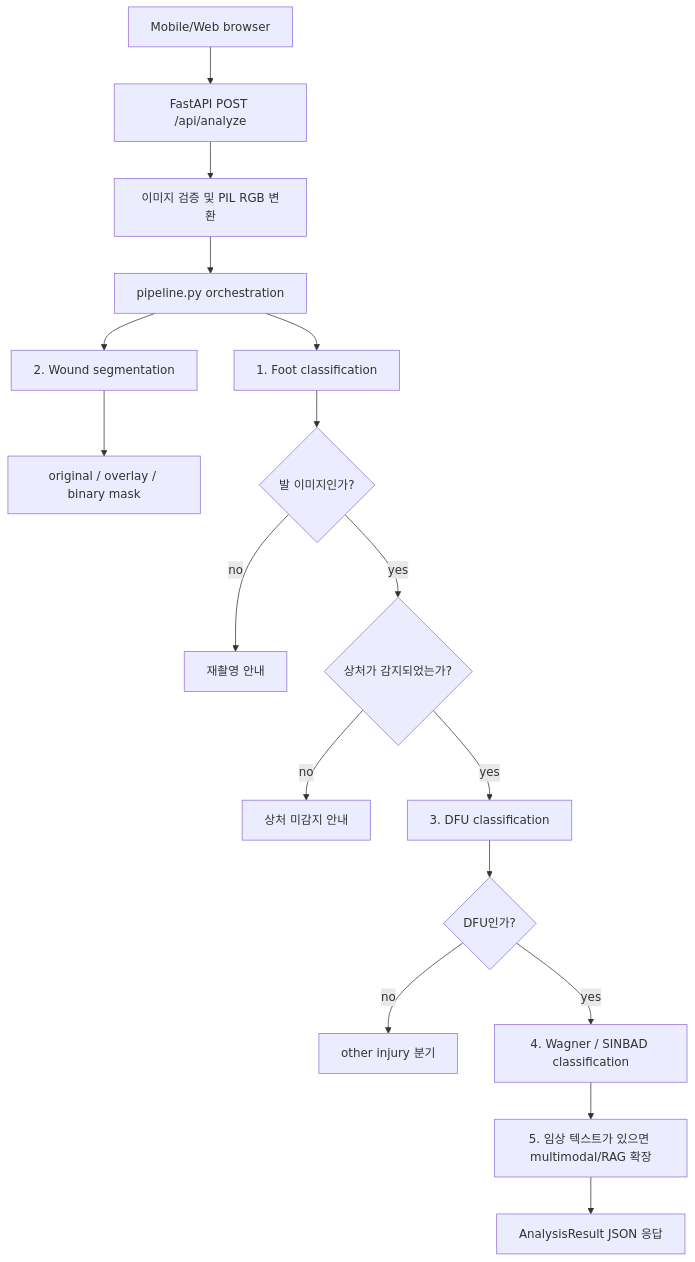
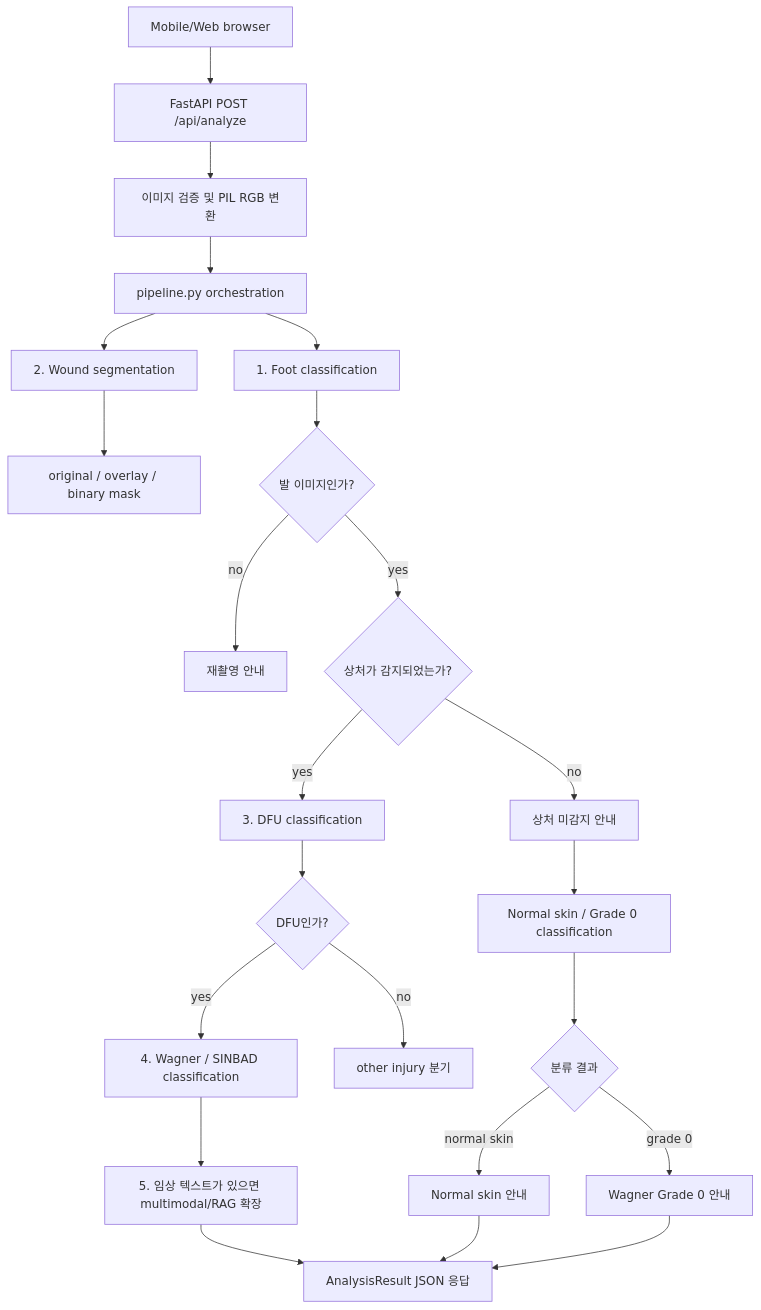
One commit to moses-song/dfu_model changed the diagram in DFU_PROJECT.md. Above: the diagram before and after it, drawn with Mermaid. The commit also changed 1 other file, not shown here.

Commit message:
260604 md파일 업데이트

````diff
--- a/DFU_PROJECT.md
+++ b/DFU_PROJECT.md
@@ -16,19 +16,28 @@
 ```mermaid
 flowchart TD
   A["Mobile/Web browser"] --> B["FastAPI POST /api/analyze"]
   B --> C["이미지 검증 및 PIL RGB 변환"]
   C --> D["pipeline.py orchestration"]
   D --> E["1. Foot classification"]
   D --> F["2. Wound segmentation"]
   F --> G["original / overlay / binary mask"]
   E --> H{"발 이미지인가?"}
   H -->|no| I["재촬영 안내"]
   H -->|yes| J{"상처가 감지되었는가?"}
+
   J -->|no| K["상처 미감지 안내"]
+  K --> K1["Normal skin / Grade 0 classification"]
+  K1 --> K2{"분류 결과"}
+  K2 -->|normal skin| K3["Normal skin 안내"]
+  K2 -->|grade 0| K4["Wagner Grade 0 안내"]
+
   J -->|yes| L["3. DFU classification"]
   L --> M{"DFU인가?"}
   M -->|no| N["other injury 분기"]
   M -->|yes| O["4. Wagner / SINBAD classification"]
   O --> P["5. 임상 텍스트가 있으면 multimodal/RAG 확장"]
   P --> Q["AnalysisResult JSON 응답"]
+
+  K3 --> Q
+  K4 --> Q
 ```
````
